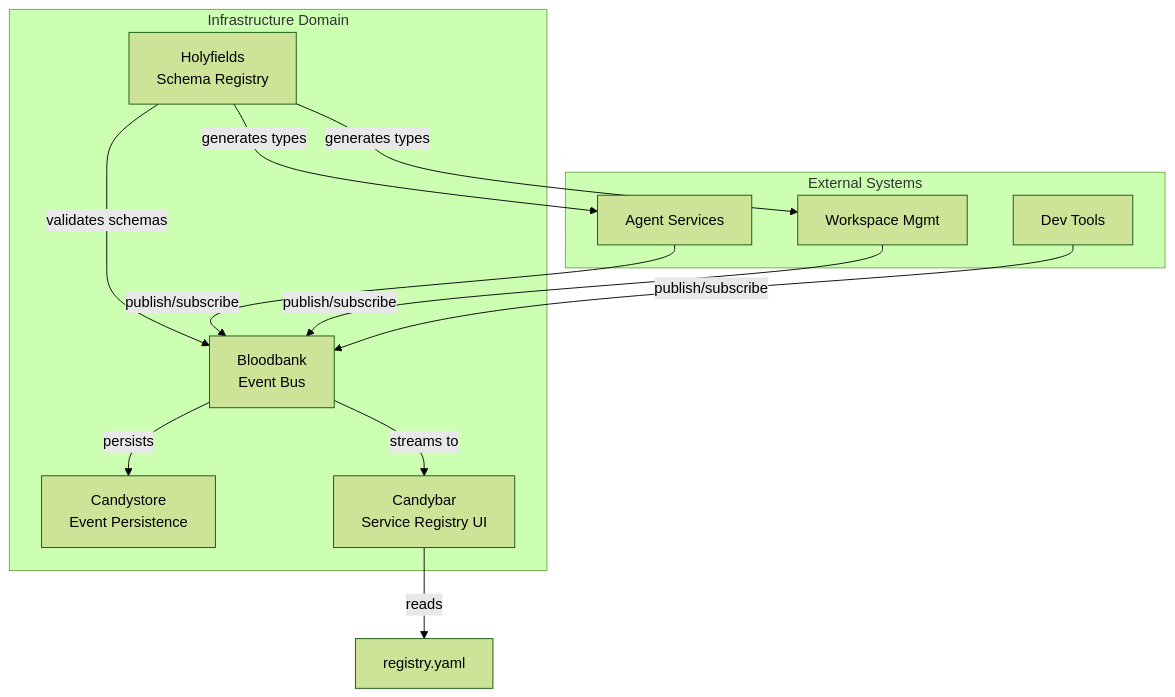
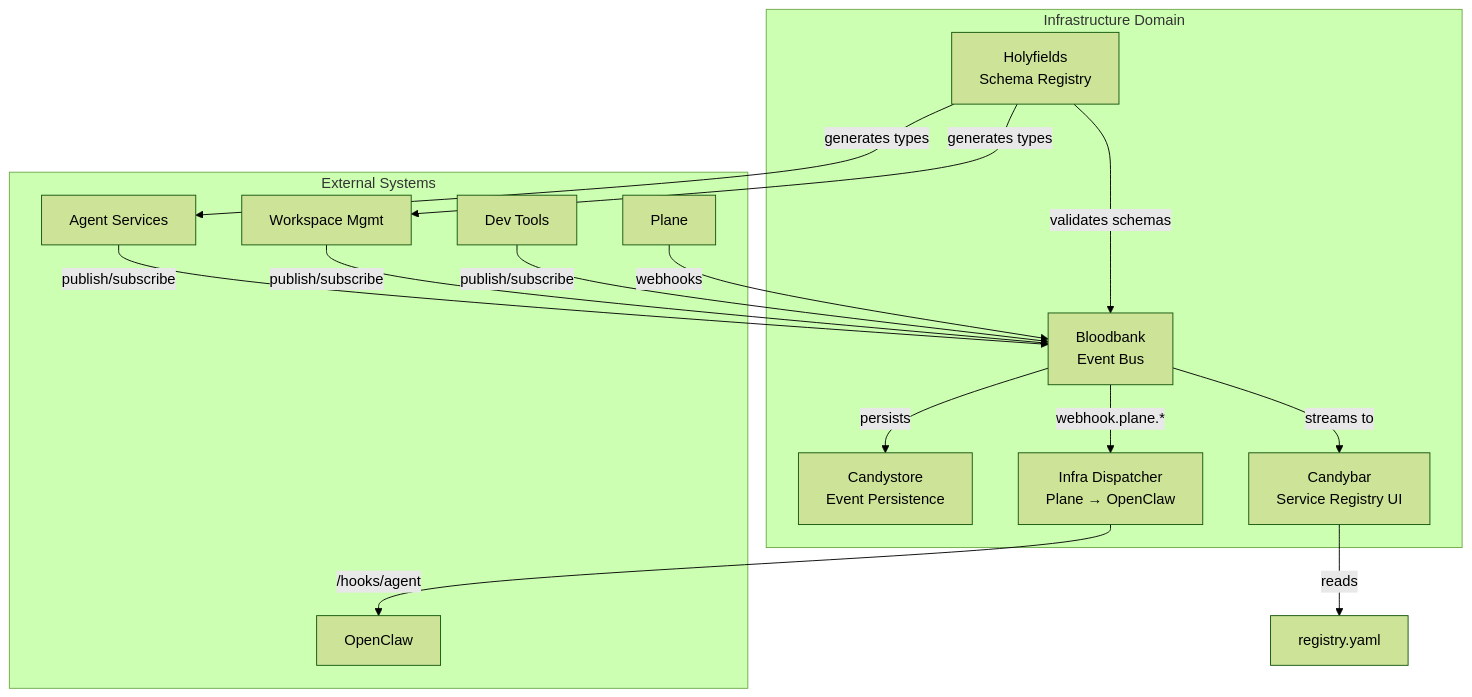
Before and after one commit to delorenj/33GOD: the diagram in docs/domains/infrastructure/GOD.md, drawn with Mermaid (forest theme). The commit also changed other lines of this file and 18 other files, not shown here.

````diff
--- a/docs/domains/infrastructure/GOD.md
+++ b/docs/domains/infrastructure/GOD.md
@@ -22,27 +22,34 @@
 ```mermaid
 graph TB
     subgraph "Infrastructure Domain"
         HF[Holyfields<br/>Schema Registry]
         BB[Bloodbank<br/>Event Bus]
         CS[Candystore<br/>Event Persistence]
         CB[Candybar<br/>Service Registry UI]
+        ID[Infra Dispatcher<br/>Plane → OpenClaw]
     end
 
     subgraph "External Systems"
         AGENTS[Agent Services]
         WM[Workspace Mgmt]
         DEV[Dev Tools]
+        PLANE[Plane]
+        OPENCLAW[OpenClaw]
     end
 
     HF -->|generates types| AGENTS
     HF -->|generates types| WM
     HF -->|validates schemas| BB
 
     AGENTS -->|publish/subscribe| BB
     WM -->|publish/subscribe| BB
     DEV -->|publish/subscribe| BB
 
     BB -->|persists| CS
     BB -->|streams to| CB
     CB -->|reads| REG[registry.yaml]
+    
+    PLANE -->|webhooks| BB
+    BB -->|webhook.plane.*| ID
+    ID -->|/hooks/agent| OPENCLAW
 ```
````
